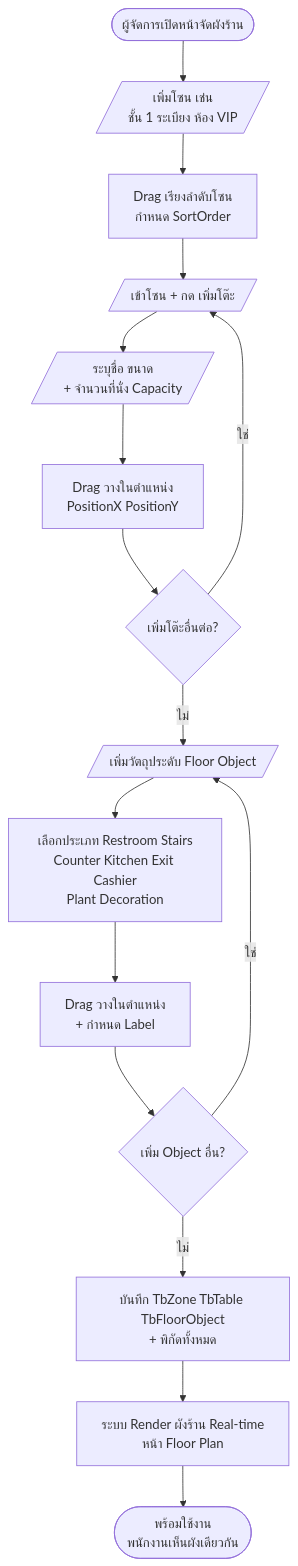
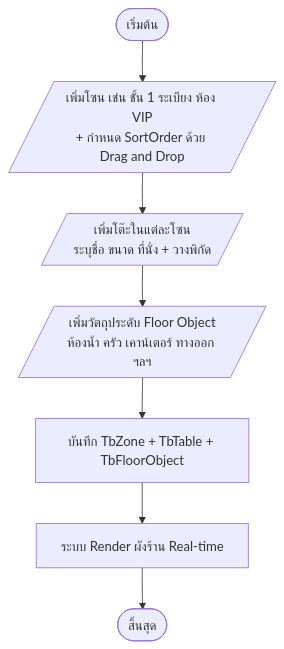
The fifth of 28 diagrams in doc/report/05-chapter-3-design.md (TurkPhakim/RBMS-POS-Website), drawn with Mermaid before and after one commit. The commit also changed other lines of this file and 7 other files, not shown here.

````diff
--- a/doc/report/05-chapter-3-design.md
+++ b/doc/report/05-chapter-3-design.md
@@ -367,18 +371,9 @@
 ```mermaid
 flowchart TD
-    A([ผู้จัดการเปิดหน้าจัดผังร้าน]) --> B[/เพิ่มโซน เช่น<br/>ชั้น 1 ระเบียง ห้อง VIP/]
-    B --> C[Drag เรียงลำดับโซน<br/>กำหนด SortOrder]
-    C --> D[/เข้าโซน + กด เพิ่มโต๊ะ/]
-    D --> E[/ระบุชื่อ ขนาด<br/>+ จำนวนที่นั่ง Capacity/]
-    E --> F[Drag วางในตำแหน่ง<br/>PositionX PositionY]
-    F --> G{เพิ่มโต๊ะอื่นต่อ?}
-    G -- ใช่ --> D
-    G -- ไม่ --> H[/เพิ่มวัตถุประดับ Floor Object/]
-    H --> I[เลือกประเภท Restroom Stairs<br/>Counter Kitchen Exit Cashier<br/>Plant Decoration]
-    I --> J[Drag วางในตำแหน่ง<br/>+ กำหนด Label]
-    J --> K{เพิ่ม Object อื่น?}
-    K -- ใช่ --> H
-    K -- ไม่ --> L[บันทึก TbZone TbTable TbFloorObject<br/>+ พิกัดทั้งหมด]
-    L --> M[ระบบ Render ผังร้าน Real-time<br/>หน้า Floor Plan]
-    M --> N([พร้อมใช้งาน<br/>พนักงานเห็นผังเดียวกัน])
+    Start([เริ่มต้น]) --> A[/เพิ่มโซน เช่น ชั้น 1 ระเบียง ห้อง VIP<br/>+ กำหนด SortOrder ด้วย Drag and Drop/]
+    A --> B[/เพิ่มโต๊ะในแต่ละโซน<br/>ระบุชื่อ ขนาด ที่นั่ง + วางพิกัด/]
+    B --> C[/เพิ่มวัตถุประดับ Floor Object<br/>ห้องน้ำ ครัว เคาน์เตอร์ ทางออก ฯลฯ/]
+    C --> D[บันทึก TbZone + TbTable + TbFloorObject]
+    D --> E[ระบบ Render ผังร้าน Real-time]
+    E --> End([สิ้นสุด])
 ```
````
